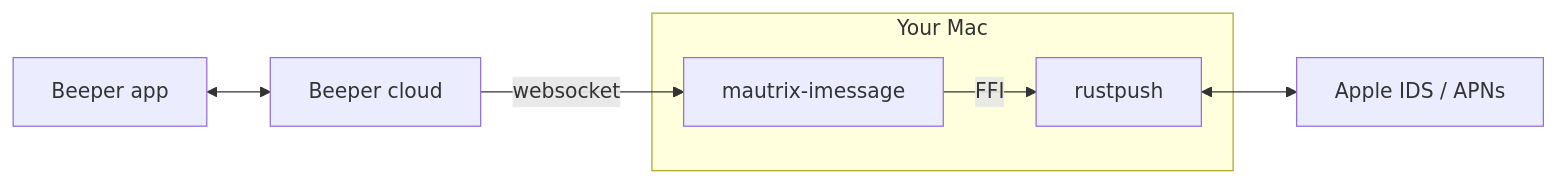
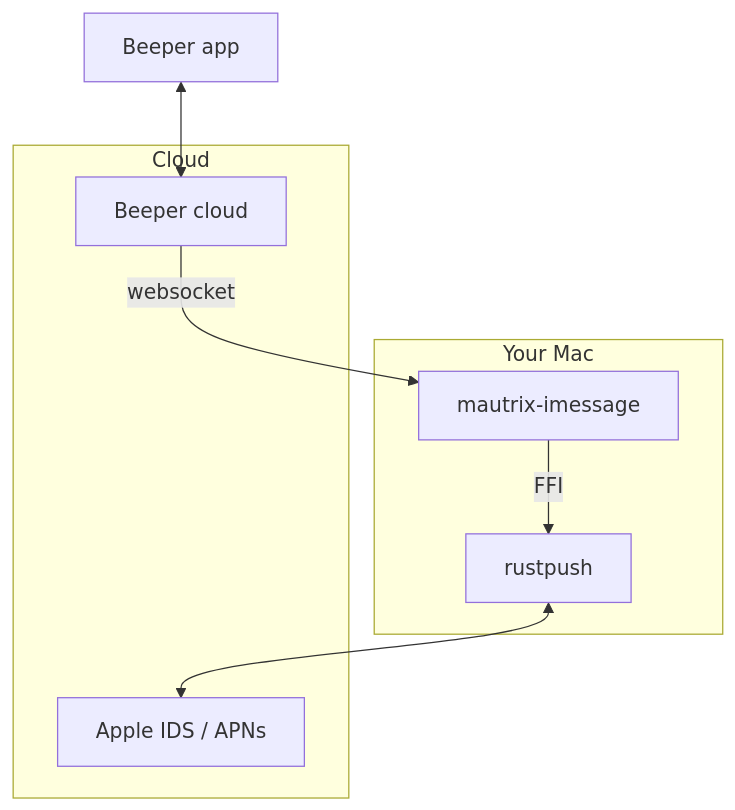
One commit to jasonlaguidice/imessage changed the second of 2 diagrams in README.md. Above: the diagram before and after it, drawn with Mermaid. The commit also changed other lines of this file, not shown here.

Commit message:
Diagrams: vertical layout with Cloud subgraph

````diff
--- a/README.md
+++ b/README.md
@@ -121,10 +123,13 @@
 ```mermaid
-flowchart LR
-    subgraph Your Mac
-        Bridge[mautrix-imessage]
-        Bridge -- FFI --> RP[rustpush]
+flowchart TB
+    subgraph mac[Your Mac]
+        Bridge[mautrix-imessage] -- FFI --> RP[rustpush]
     end
-    Client[Beeper app] <--> Beeper[Beeper cloud]
+    subgraph cloud[Cloud]
+        Beeper[Beeper cloud]
+        Apple[Apple IDS / APNs]
+    end
+    Client[Beeper app] <--> Beeper
     Beeper -- websocket --> Bridge
-    RP <--> Apple[Apple IDS / APNs]
+    RP <--> Apple
 ```
````
